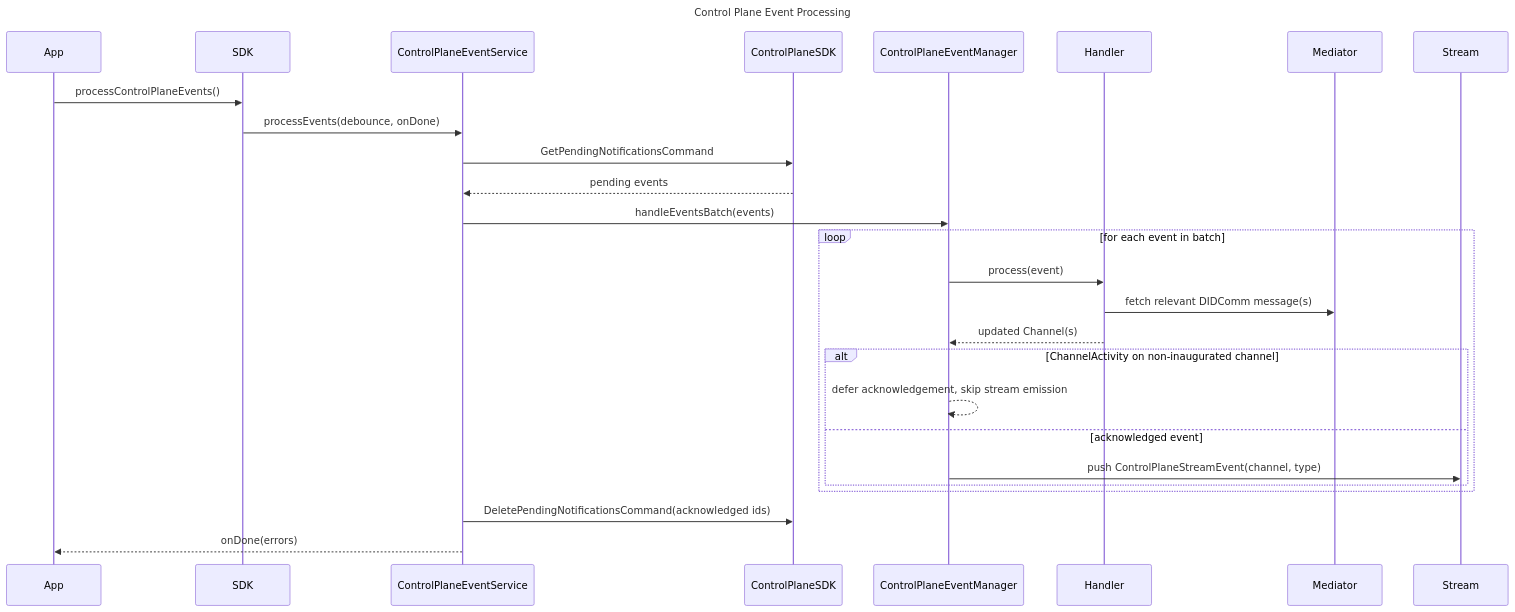
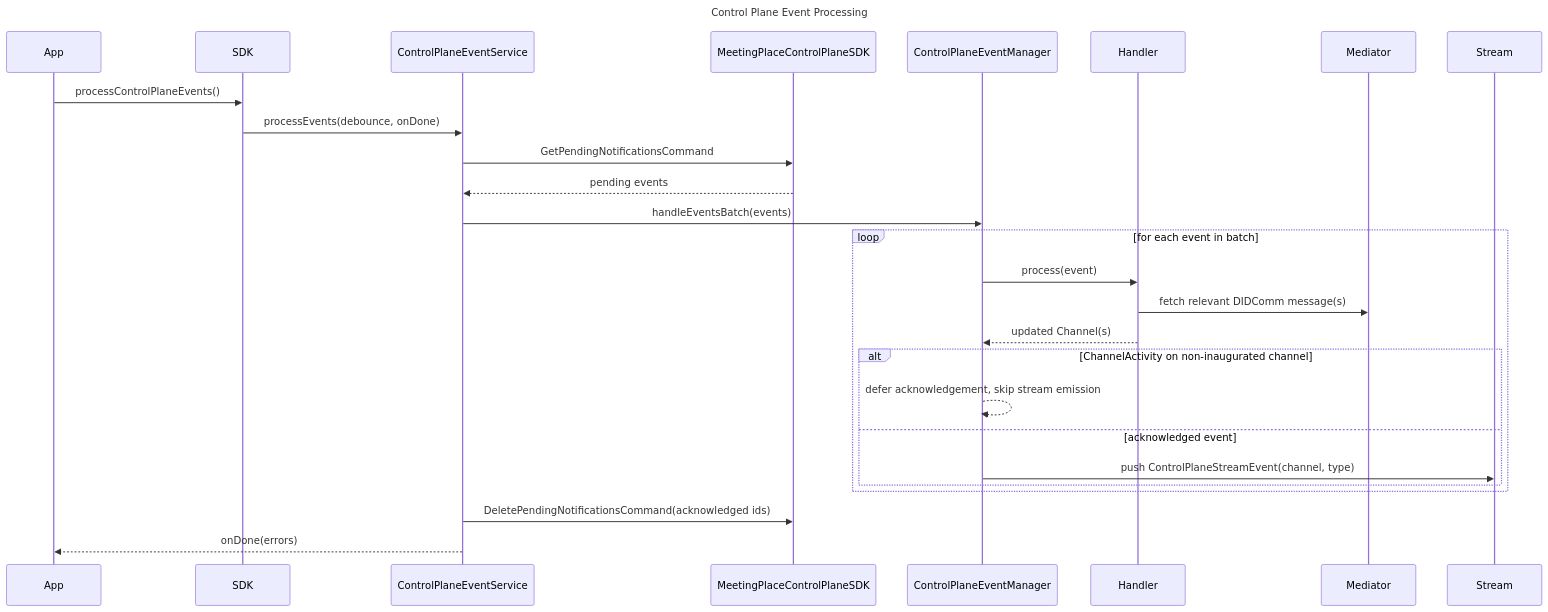
The diagram in packages/meeting_place_core/doc/runtime_models/control-plane-event-handling-model.md (affinidi/affinidi-meetingplace-sdk-dart), drawn with Mermaid before and after one commit. The commit also changed 281 other files, not shown here.

````diff
--- a/packages/meeting_place_core/doc/runtime_models/control-plane-event-handling-model.md
+++ b/packages/meeting_place_core/doc/runtime_models/control-plane-event-handling-model.md
@@ -22,32 +22,32 @@
 ```mermaid
 sequenceDiagram
     title Control Plane Event Processing
     participant App
     participant SDK
     participant Service as ControlPlaneEventService
-    participant CP as ControlPlaneSDK
+    participant CP as MeetingPlaceControlPlaneSDK
     participant Manager as ControlPlaneEventManager
     participant Handler
     participant Mediator
     participant Stream
 
     App->>SDK: processControlPlaneEvents()
     SDK->>Service: processEvents(debounce, onDone)
     Service->>CP: GetPendingNotificationsCommand
     CP-->>Service: pending events
     Service->>Manager: handleEventsBatch(events)
 
     loop for each event in batch
         Manager->>Handler: process(event)
         Handler->>Mediator: fetch relevant DIDComm message(s)
         Handler-->>Manager: updated Channel(s)
         alt ChannelActivity on non-inaugurated channel
             Manager-->>Manager: defer acknowledgement, skip stream emission
         else acknowledged event
             Manager->>Stream: push ControlPlaneStreamEvent(channel, type)
         end
     end
 
     Service->>CP: DeletePendingNotificationsCommand(acknowledged ids)
     Service-->>App: onDone(errors)
 ```
````
